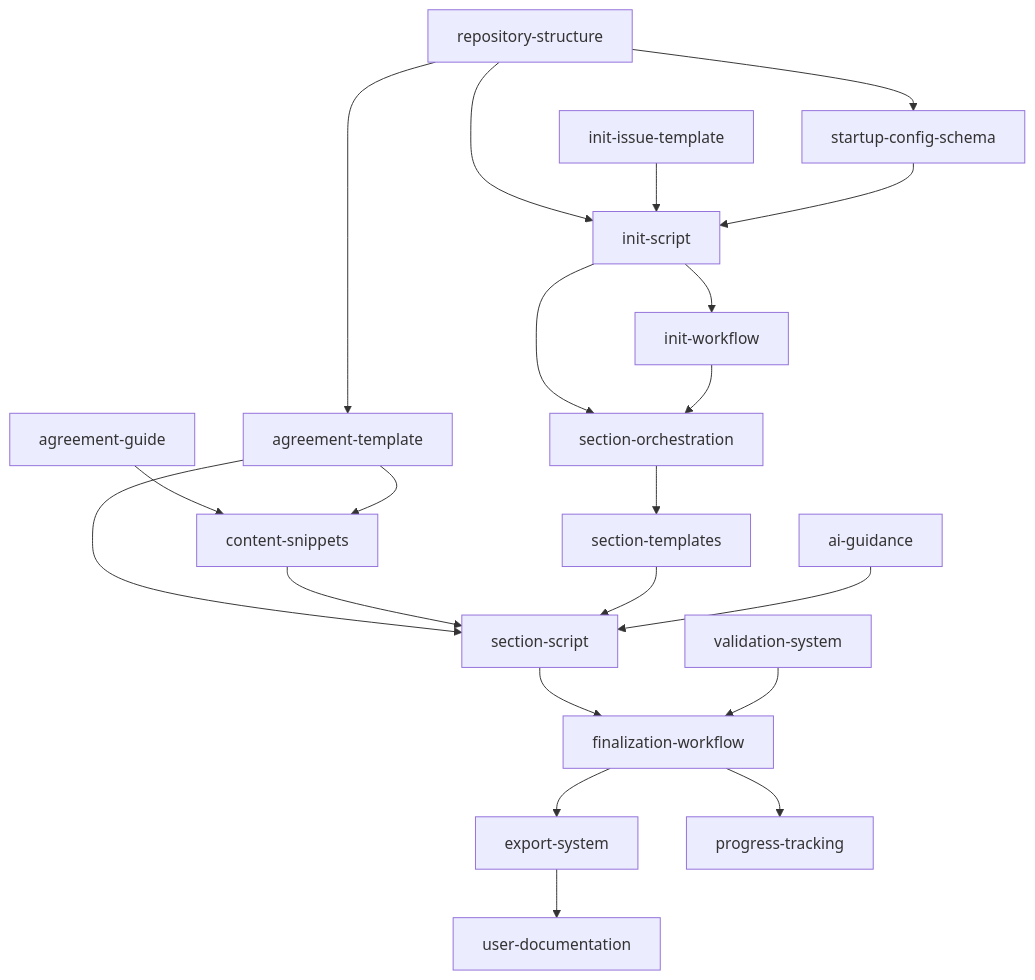
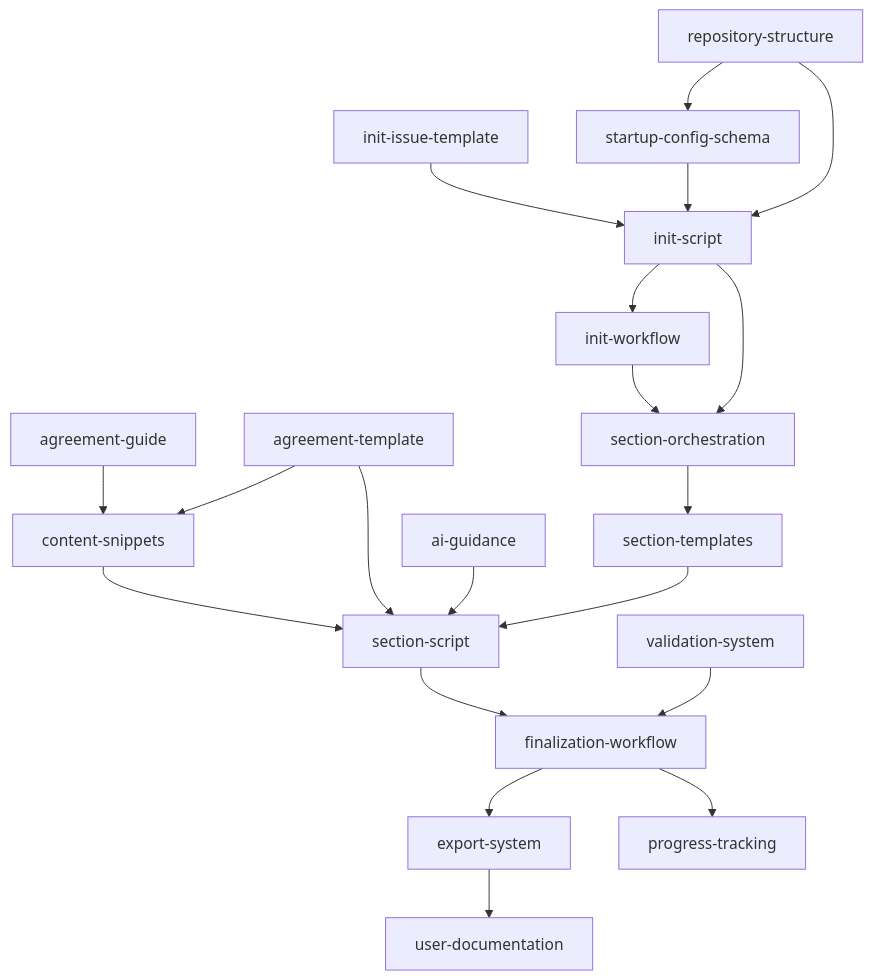
The diagram in .xe/specs/blueprint/spec.md (Xerilium/catalyst-founders-agreement), drawn with Mermaid before and after one commit. The commit also changed other lines of this file and 4 other files, not shown here.

````diff
--- a/.xe/specs/blueprint/spec.md
+++ b/.xe/specs/blueprint/spec.md
@@ -45,55 +43,54 @@
 ```mermaid
 graph TD
     %% Tier 0: Foundation
     A[repository-structure]
     B[init-issue-template]
     C[agreement-guide]
+    D[agreement-template]
 
     %% Tier 1: Core Configuration
-    D[startup-config-schema]
-    E[init-script]
-    F[agreement-template]
+    E[startup-config-schema]
+    F[init-script]
     G[content-snippets]
 
     %% Tier 2: Automation
     H[init-workflow]
     I[section-orchestration]
     J[section-templates]
 
     %% Tier 3: Section Processing
     K[section-script]
     L[ai-guidance]
     M[validation-system]
 
     %% Tier 4: Finalization
     N[finalization-workflow]
     O[export-system]
     P[progress-tracking]
     Q[user-documentation]
 
     %% Dependencies
-    A --> D
     A --> E
     A --> F
-    B --> E
+    B --> F
     C --> G
+    D --> G
+    D --> K
 
-    D --> E
-    E --> H
-    E --> I
-    F --> G
-    F --> K
+    E --> F
+    F --> H
+    F --> I
     G --> K
 
     H --> I
     I --> J
     J --> K
 
     K --> N
     L --> K
     M --> N
 
     N --> O
     N --> P
     O --> Q
 ```
````
